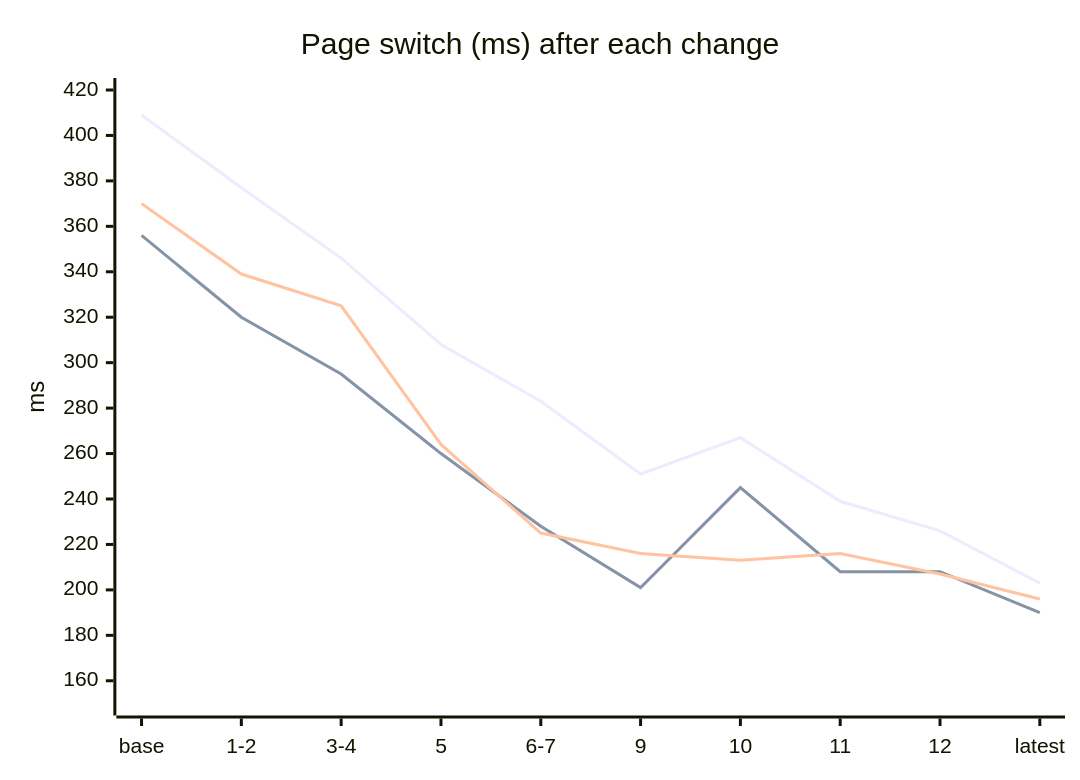
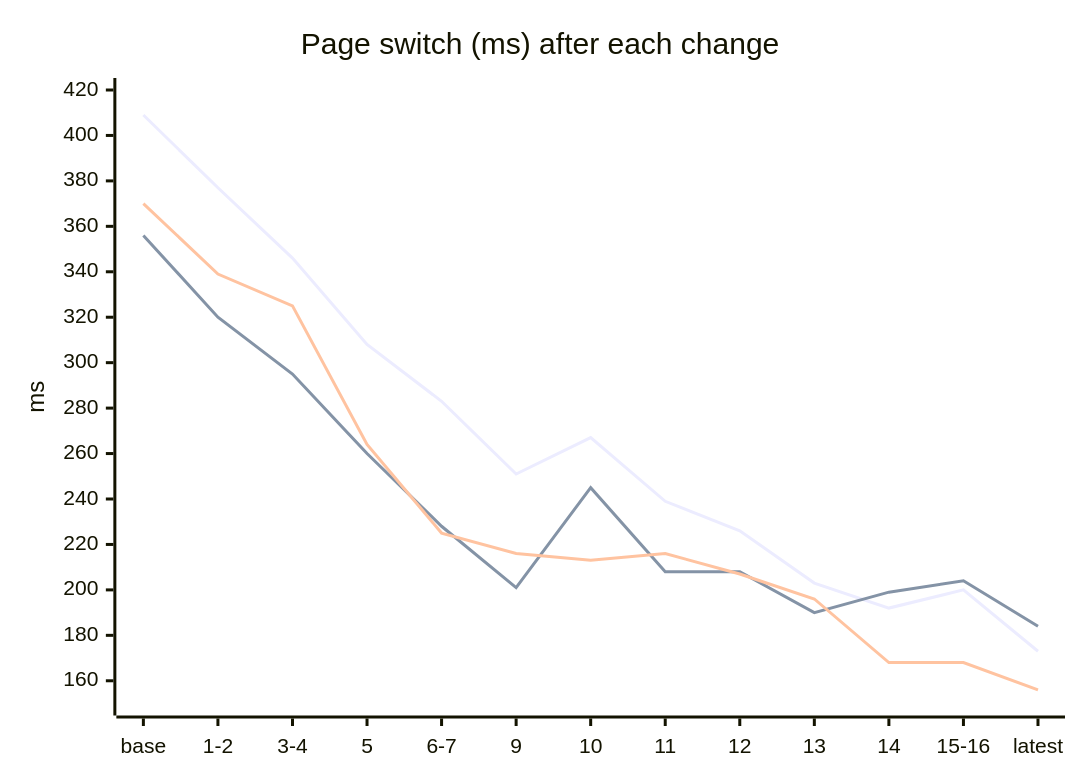
One commit to DinosaursAreCute/DinosAmazingBashTui changed the second of 6 diagrams in docs/design/performance-journey.md. Above: the diagram before and after it, drawn with Mermaid. The commit also changed other lines of this file and 87 other files, not shown here.

````diff
--- a/docs/design/performance-journey.md
+++ b/docs/design/performance-journey.md
@@ -39,9 +40,9 @@
 ```mermaid
 xychart-beta
     title "Page switch (ms) after each change"
-    x-axis ["base", "1-2", "3-4", "5", "6-7", "9", "10", "11", "12", "latest"]
+    x-axis ["base", "1-2", "3-4", "5", "6-7", "9", "10", "11", "12", "13", "14", "15-16", "latest"]
     y-axis "ms" 150 --> 420
-    line [409, 377, 346, 308, 283, 251, 267, 239, 226, 203]
-    line [356, 320, 295, 260, 228, 201, 245, 208, 208, 190]
-    line [370, 339, 325, 264, 225, 216, 213, 216, 207, 196]
+    line [409, 377, 346, 308, 283, 251, 267, 239, 226, 203, 192, 200, 173]
+    line [356, 320, 295, 260, 228, 201, 245, 208, 208, 190, 199, 204, 184]
+    line [370, 339, 325, 264, 225, 216, 213, 216, 207, 196, 168, 168, 156]
 ```
````
